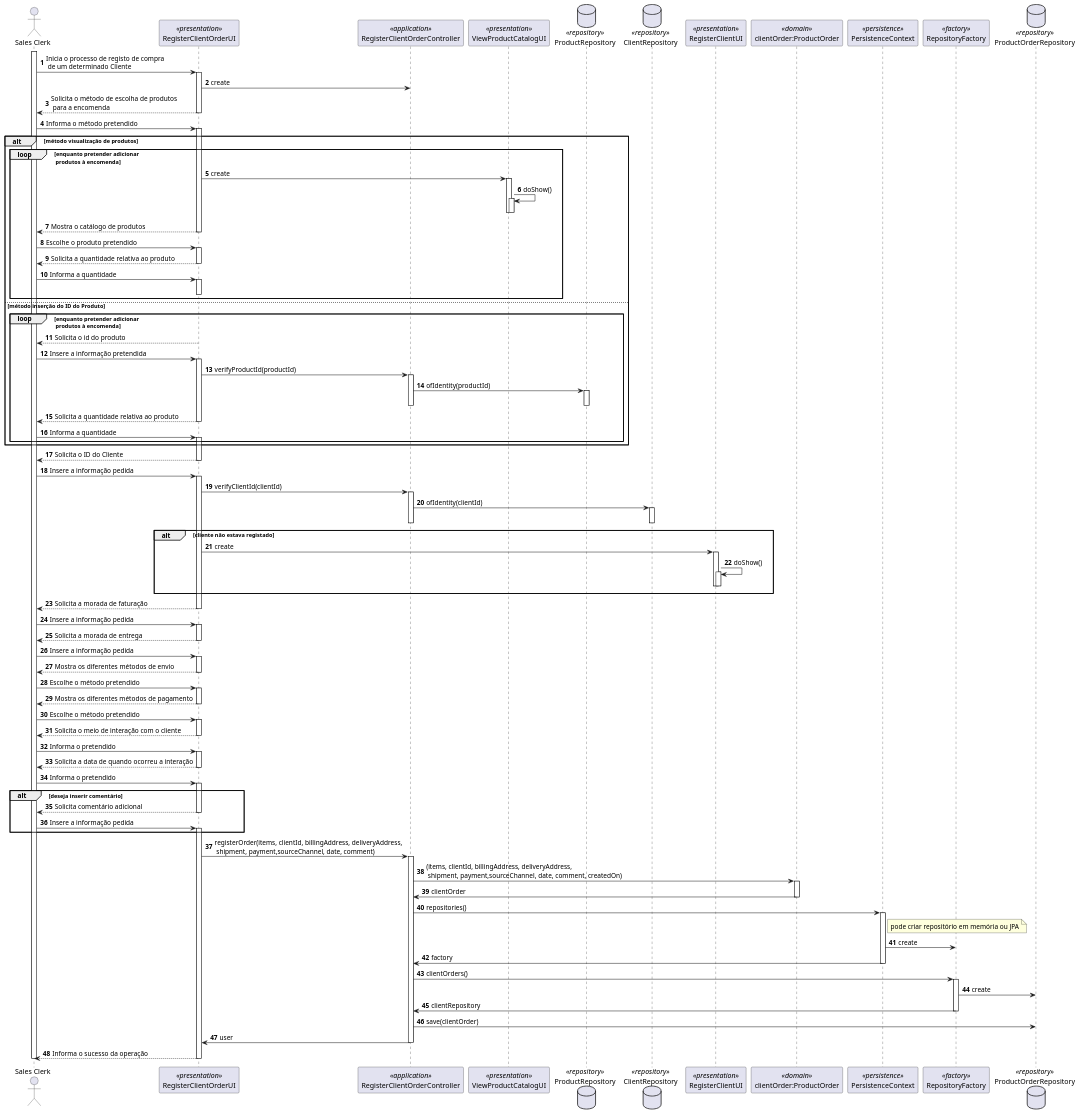
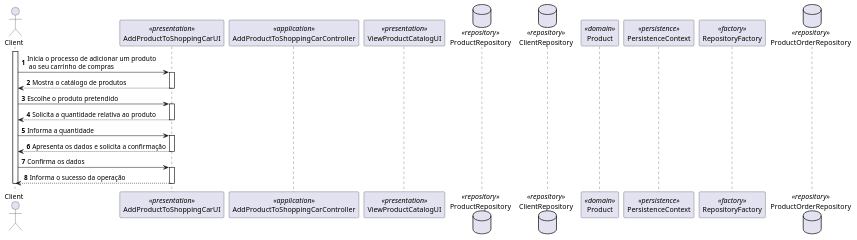
The diagram in docs/1201386/US1501/SD_RegistarProdutoCarrinhoDeCompras.puml (0franciscor/lei21_22_s4_2de_01), drawn with PlantUML before and after one commit. The commit also changed 8 other files, not shown here.

```diff
--- a/docs/1201386/US1501/SD_RegistarProdutoCarrinhoDeCompras.puml
+++ b/docs/1201386/US1501/SD_RegistarProdutoCarrinhoDeCompras.puml
@@ -1,137 +1,38 @@
 @startuml
 
 autonumber
-actor "Sales Clerk" as SC
-participant RegisterClientOrderUI as UI <<presentation>>
-participant RegisterClientOrderController as Controller <<application>>
+actor "Client" as C
+participant AddProductToShoppingCarUI as UI <<presentation>>
+participant AddProductToShoppingCarController as Controller <<application>>
 participant ViewProductCatalogUI as ui <<presentation>>
 database ProductRepository as repository <<repository>>
 database ClientRepository as rep <<repository>>
-participant RegisterClientUI as Ui <<presentation>>
-participant "clientOrder:ProductOrder" as Domain <<domain>>
+
 participant "Product" as Domain <<domain>>
 participant PersistenceContext as Persistence <<persistence>>
 participant RepositoryFactory as Factory <<factory>>
 database ProductOrderRepository as Repository <<repository>>
 
-activate SC
-SC -> UI : Inicia o processo de registo de compra \n de um determinado Cliente
+activate C
+C -> UI : Inicia o processo de adicionar um produto \n ao seu carrinho de compras
 activate UI
-UI -> Controller: create
-UI --> SC : Solicita o método de escolha de produtos\n para a encomenda
+UI --> C : Mostra o catálogo de produtos
 deactivate UI
-SC -> UI : Informa o método pretendido
+C -> UI : Escolhe o produto pretendido
 activate UI
-alt método visualização de produtos
-loop enquanto pretender adicionar \n produtos à encomenda
-UI -> ui: create
-activate  ui
-ui -> ui: doShow()
-activate ui
-deactivate ui
-deactivate ui
-deactivate  Controller
-UI --> SC : Mostra o catálogo de produtos
+UI --> C : Solicita a quantidade relativa ao produto
 deactivate UI
-SC -> UI : Escolhe o produto pretendido
+C -> UI : Informa a quantidade
 activate UI
-UI --> SC : Solicita a quantidade relativa ao produto
+UI --> C : Apresenta os dados e solicita a confirmação
 deactivate UI
-SC -> UI : Informa a quantidade
+C -> UI : Confirma os dados
 activate UI
+
+UI --> C : Informa o sucesso da operação
 deactivate UI
-end
-else método inserção do ID do Produto
-loop enquanto pretender adicionar \n produtos à encomenda
-UI --> SC : Solicita o id do produto
-/' activate ":System"
-deactivate ":System" '/
-SC -> UI : Insere a informação pretendida
-activate UI
-UI -> Controller: verifyProductId(productId)
-activate Controller
-Controller -> repository: ofIdentity(productId)
-activate repository
-deactivate repository
-deactivate Controller
-UI --> SC : Solicita a quantidade relativa ao produto
-deactivate UI
-SC -> UI : Informa a quantidade
-activate UI
-end
-end
-UI --> SC : Solicita o ID do Cliente
-deactivate UI
-SC -> UI : Insere a informação pedida
-activate UI
-UI -> Controller: verifyClientId(clientId)
-activate Controller
-Controller -> rep: ofIdentity(clientId)
-activate rep
-deactivate rep
-deactivate Controller
-alt cliente não estava registado
-UI -> Ui: create
-activate Ui
-Ui -> Ui: doShow()
-activate Ui
-deactivate Ui
-deactivate Ui
-end
-UI --> SC : Solicita a morada de faturação
-deactivate UI
-SC -> UI : Insere a informação pedida
-activate UI
-UI --> SC : Solicita a morada de entrega
-deactivate UI
-SC -> UI : Insere a informação pedida
-activate UI
-UI --> SC : Mostra os diferentes métodos de envio
-deactivate UI
-SC -> UI : Escolhe o método pretendido
-activate UI
-UI --> SC : Mostra os diferentes métodos de pagamento
-deactivate UI
-SC -> UI : Escolhe o método pretendido
-activate UI
-UI --> SC : Solicita o meio de interação com o cliente
-deactivate UI
-SC -> UI : Informa o pretendido
-activate UI
-UI --> SC : Solicita a data de quando ocorreu a interação
-deactivate UI
-SC -> UI : Informa o pretendido
-activate UI
-alt deseja inserir comentário
-UI --> SC : Solicita comentário adicional
-deactivate UI
-SC -> UI : Insere a informação pedida
-activate UI
-end
-UI -> Controller: registerOrder(items, clientId, billingAddress, deliveryAddress,\n shipment, payment,sourceChannel, date, comment)
-activate Controller
-Controller -> Domain: (items, clientId, billingAddress, deliveryAddress,\n shipment, payment,sourceChannel, date, comment, createdOn)
-activate Domain
-Domain-> Controller: clientOrder
-deactivate Domain
-Controller -> Persistence: repositories()
-activate Persistence
-note right of Persistence: pode criar repositório em memória ou JPA
-Persistence -> Factory: create
-Persistence -> Controller: factory
-deactivate Persistence
-Controller -> Factory: clientOrders()
-activate Factory
-Factory -> Repository: create
-Factory -> Controller: clientRepository
-deactivate Factory
-Controller->Repository:save(clientOrder)
-Controller->UI: user
-deactivate Controller
-UI --> SC : Informa o sucesso da operação
-deactivate UI
-deactivate SC
+deactivate C
 
 
 
 @enduml
```
